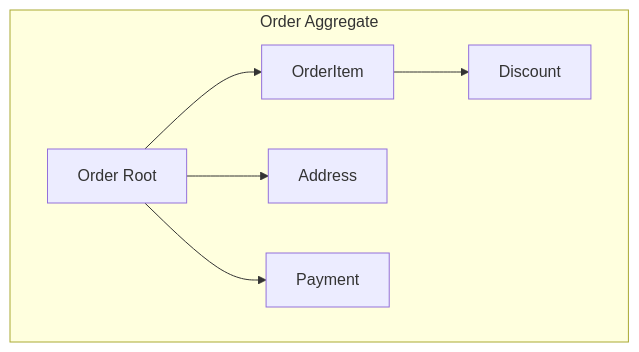
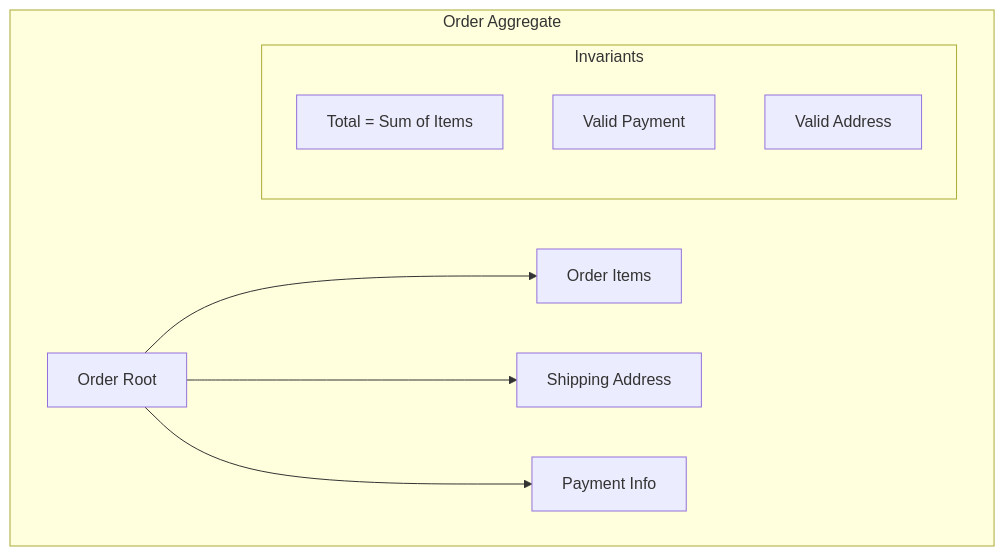
The fourth of 6 diagrams in src/Domain_Driven_Design.md (saravanakumarrc/Architecture_Journey), drawn with Mermaid before and after one commit. The commit also changed other lines of this file and 7 other files, not shown here.

First line of the commit message:
Refactor Trade-off Analysis documentation and enhance architecture governance models

````diff
--- a/src/Domain_Driven_Design.md
+++ b/src/Domain_Driven_Design.md
@@ -116,9 +203,14 @@
 ```mermaid
 graph TB
     subgraph "Order Aggregate"
-        O[Order Root] --> I[OrderItem]
-        O --> A[Address]
-        O --> P[Payment]
-        I --> D[Discount]
+        O[Order Root] --> I[Order Items]
+        O --> A[Shipping Address]
+        O --> P[Payment Info]
+        
+        subgraph "Invariants"
+            V1[Total = Sum of Items]
+            V2[Valid Payment]
+            V3[Valid Address]
+        end
     end
 ```
````
